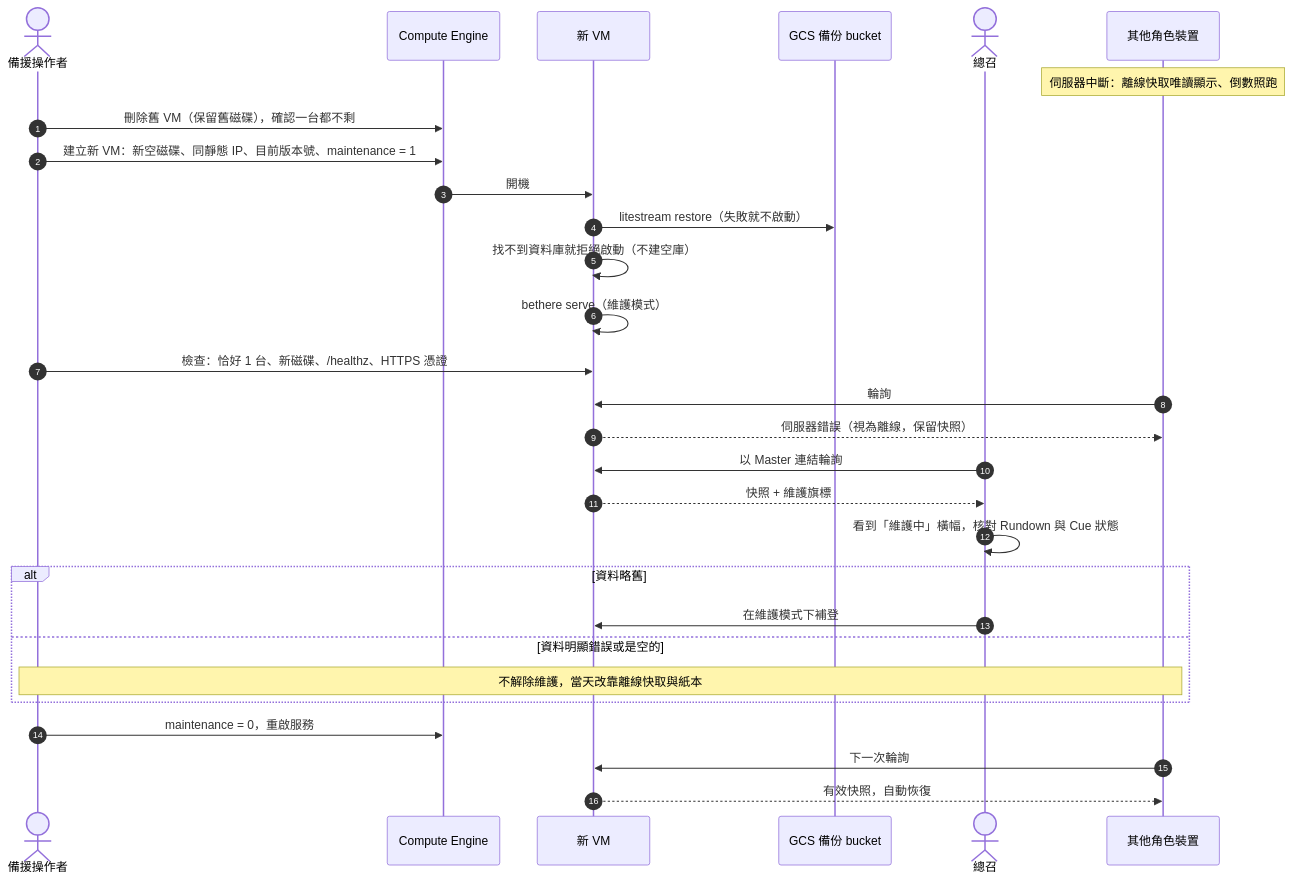
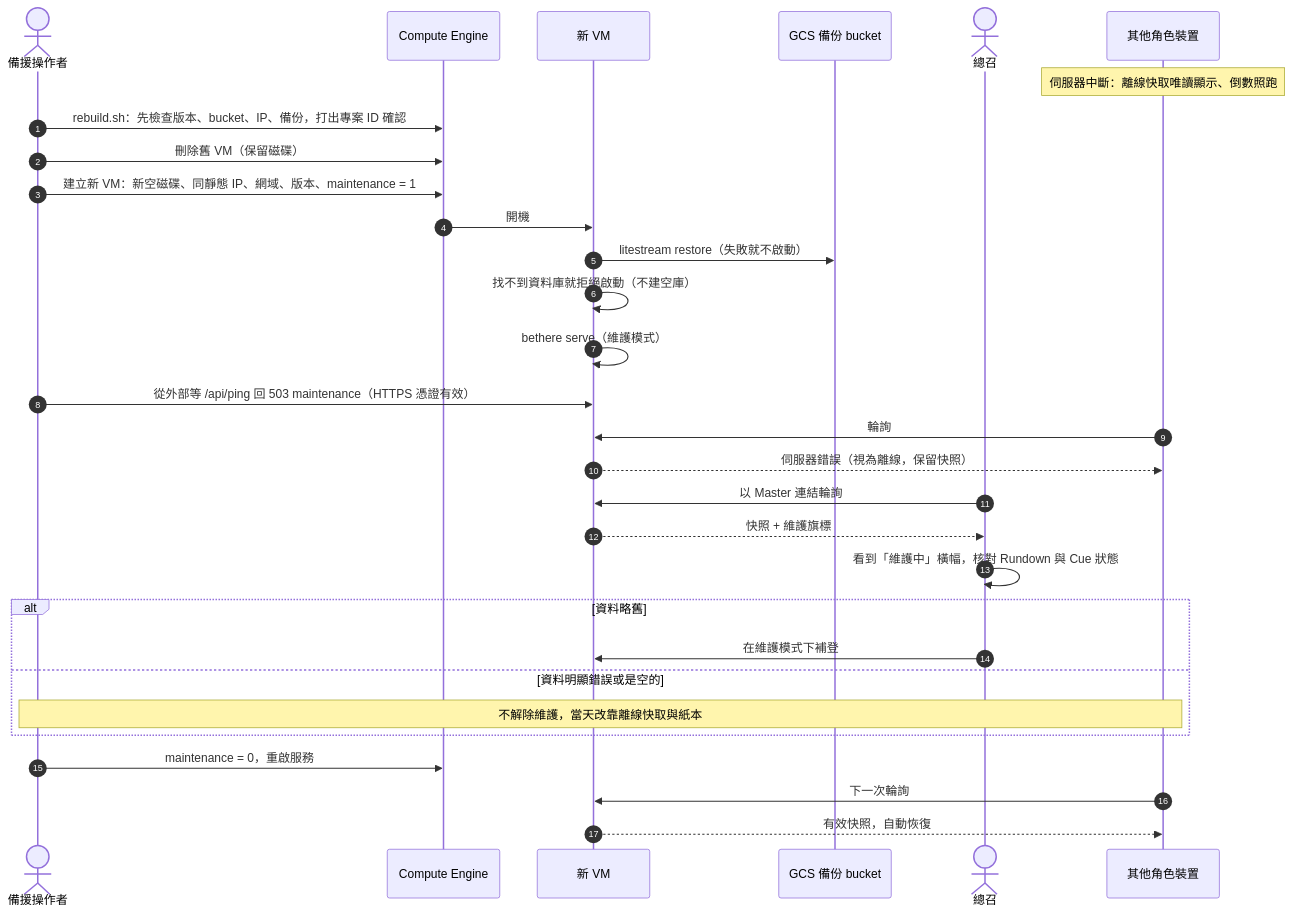
One commit to BensonPigo/bethere changed the second of 2 diagrams in docs/operations/runbook.md. Above: the diagram before and after it, drawn with Mermaid. The commit also changed other lines of this file and 11 other files, not shown here.

````diff
--- a/docs/operations/runbook.md
+++ b/docs/operations/runbook.md
@@ -91,32 +99,33 @@
 ```mermaid
 sequenceDiagram
     autonumber
     actor Op as 備援操作者
     participant GCE as Compute Engine
     participant VM as 新 VM
     participant Bak as GCS 備份 bucket
     actor M as 總召
     participant All as 其他角色裝置
 
     Note over All: 伺服器中斷：離線快取唯讀顯示、倒數照跑
-    Op->>GCE: 刪除舊 VM（保留舊磁碟），確認一台都不剩
-    Op->>GCE: 建立新 VM：新空磁碟、同靜態 IP、目前版本號、maintenance = 1
+    Op->>GCE: rebuild.sh：先檢查版本、bucket、IP、備份，打出專案 ID 確認
+    Op->>GCE: 刪除舊 VM（保留磁碟）
+    Op->>GCE: 建立新 VM：新空磁碟、同靜態 IP、網域、版本、maintenance = 1
     GCE->>VM: 開機
     VM->>Bak: litestream restore（失敗就不啟動）
     VM->>VM: 找不到資料庫就拒絕啟動（不建空庫）
     VM->>VM: bethere serve（維護模式）
-    Op->>VM: 檢查：恰好 1 台、新磁碟、/healthz、HTTPS 憑證
+    Op->>VM: 從外部等 /api/ping 回 503 maintenance（HTTPS 憑證有效）
     All->>VM: 輪詢
     VM-->>All: 伺服器錯誤（視為離線，保留快照）
     M->>VM: 以 Master 連結輪詢
     VM-->>M: 快照 + 維護旗標
     M->>M: 看到「維護中」橫幅，核對 Rundown 與 Cue 狀態
     alt 資料略舊
         M->>VM: 在維護模式下補登
     else 資料明顯錯誤或是空的
         Note over Op,All: 不解除維護，當天改靠離線快取與紙本
     end
     Op->>GCE: maintenance = 0，重啟服務
     All->>VM: 下一次輪詢
     VM-->>All: 有效快照，自動恢復
 ```
````
